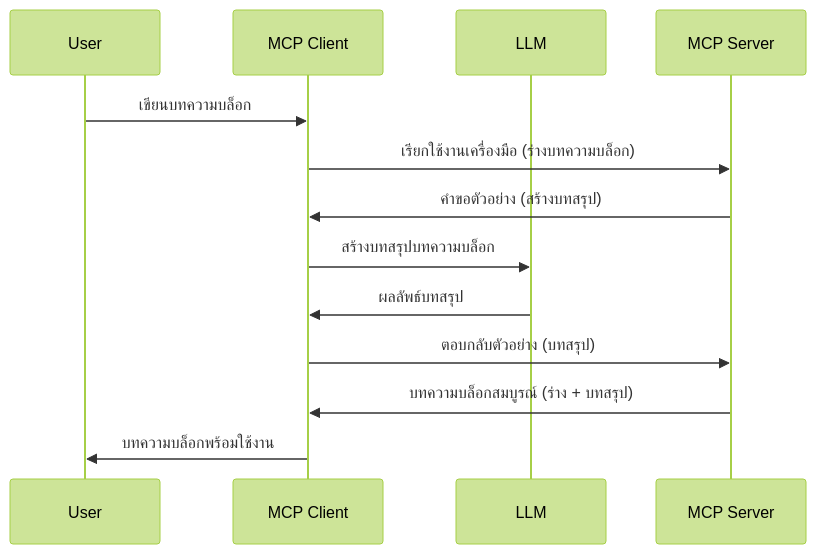
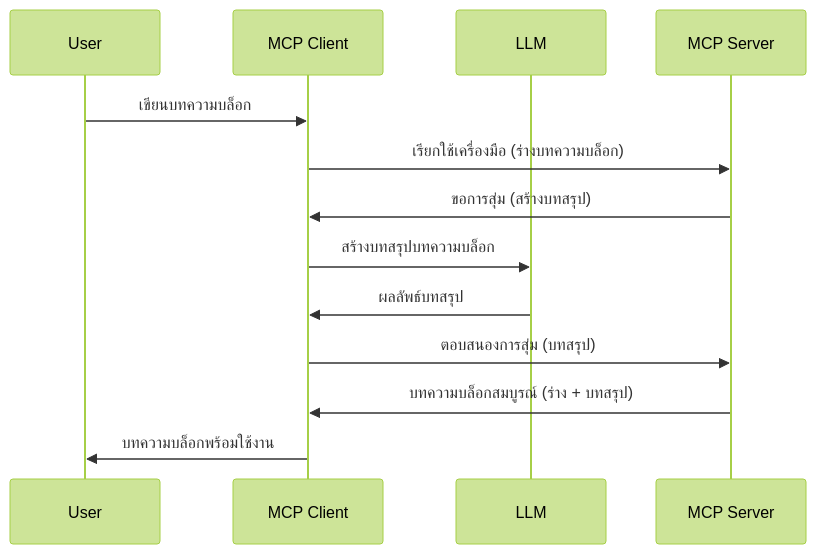
Before and after one commit to HIDORAKAI002/ai-workspace-archive: the diagram in mcp_ecosystem__model_context_protocol/mcp_learning_resources/mcp-for-beginners/translations/th/03-GettingStarted/14-sampling/README.md, drawn with Mermaid (forest theme). The commit also changed other lines of this file and 1160 other files, not shown here.

````diff
--- a/mcp_ecosystem__model_context_protocol/mcp_learning_resources/mcp-for-beginners/translations/th/03-GettingStarted/14-sampling/README.md
+++ b/mcp_ecosystem__model_context_protocol/mcp_learning_resources/mcp-for-beginners/translations/th/03-GettingStarted/14-sampling/README.md
@@ -23,16 +23,16 @@
 ```mermaid
 sequenceDiagram
     participant User
     participant MCP Client
     participant LLM
     participant MCP Server
 
     User->>MCP Client: เขียนบทความบล็อก
-    MCP Client->>MCP Server: เรียกใช้งานเครื่องมือ (ร่างบทความบล็อก)
-    MCP Server->>MCP Client: คำขอตัวอย่าง (สร้างบทสรุป)
+    MCP Client->>MCP Server: เรียกใช้เครื่องมือ (ร่างบทความบล็อก)
+    MCP Server->>MCP Client: ขอการสุ่ม (สร้างบทสรุป)
     MCP Client->>LLM: สร้างบทสรุปบทความบล็อก
     LLM->>MCP Client: ผลลัพธ์บทสรุป
-    MCP Client->>MCP Server: ตอบกลับตัวอย่าง (บทสรุป)
+    MCP Client->>MCP Server: ตอบสนองการสุ่ม (บทสรุป)
     MCP Server->>MCP Client: บทความบล็อกสมบูรณ์ (ร่าง + บทสรุป)
     MCP Client->>User: บทความบล็อกพร้อมใช้งาน
 ```
````
